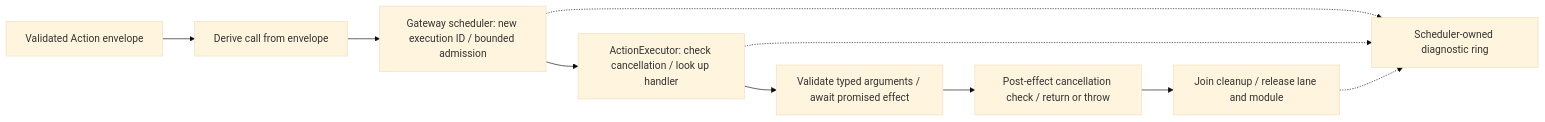
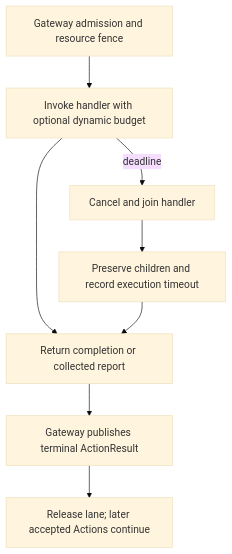
The second of 2 diagrams in MobileHarness/Actions/Runtime/README.md (devilyouwei/MobileHarness), drawn with Mermaid (base theme) before and after one commit. The commit also changed other lines of this file and 120 other files, not shown here.

Commit message:
Refine NexArm arrival policies, action composition and module boundaries

````diff
--- a/MobileHarness/Actions/Runtime/README.md
+++ b/MobileHarness/Actions/Runtime/README.md
@@ -40,12 +41,10 @@
 ```mermaid
-flowchart LR
-    Envelope[Validated Action envelope] --> Invocation[Derive call from envelope]
-    Invocation --> Admission[Gateway scheduler: new execution ID / bounded admission]
-    Admission --> Executor[ActionExecutor: check cancellation / look up handler]
-    Executor --> Handler[Validate typed arguments / await promised effect]
-    Handler --> Return[Post-effect cancellation check / return or throw]
-    Return --> Scheduler[Join cleanup / release lane and module]
-    Admission -.-> Diagnostics[Scheduler-owned diagnostic ring]
-    Executor -.-> Diagnostics
-    Scheduler -.-> Diagnostics
+flowchart TD
+    Admit[Gateway admission and resource fence] --> Execute[Invoke handler with optional dynamic budget]
+    Execute --> Done[Return completion or collected report]
+    Execute -->|deadline| Cancel[Cancel and join handler]
+    Cancel --> Preserve[Preserve children and record execution timeout]
+    Preserve --> Done
+    Done --> Result[Gateway publishes terminal ActionResult]
+    Result --> Next[Release lane; later accepted Actions continue]
 ```
````
